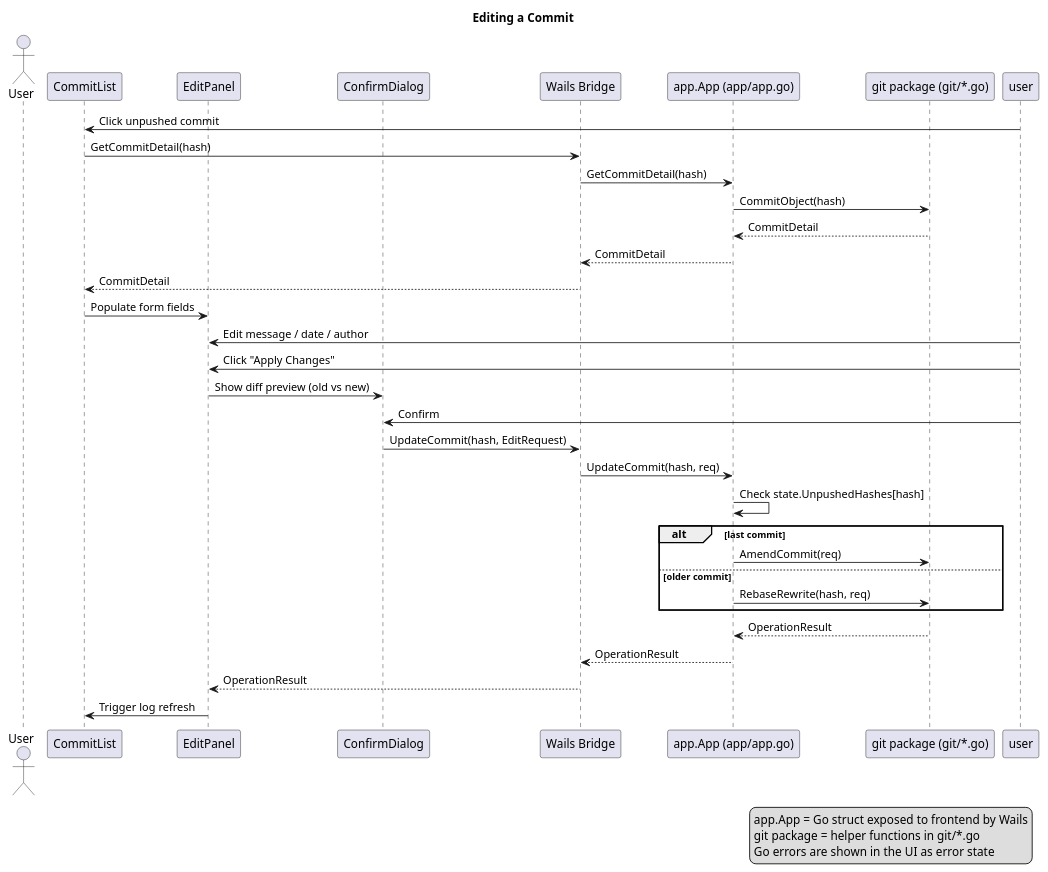
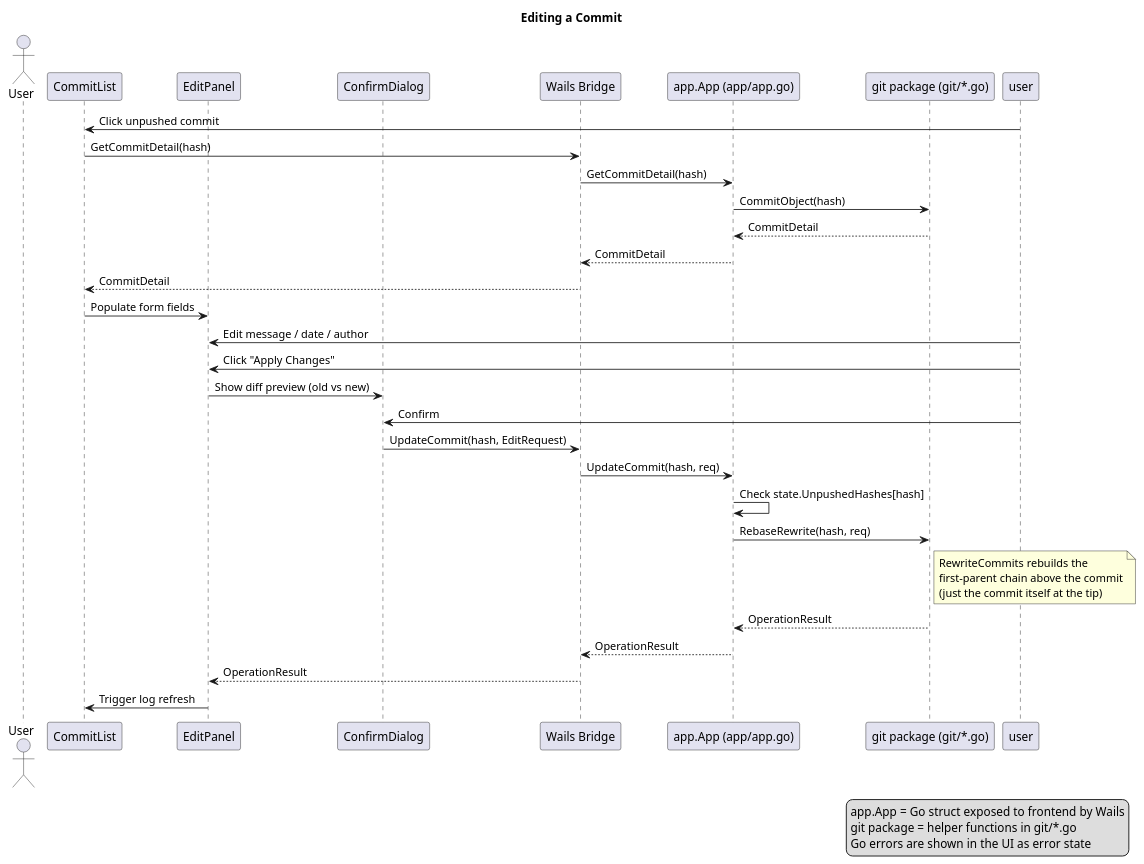
One commit to DunderGG/gitgo changed the diagram in docs/diagrams/sequence-edit-commit.puml. Above: the diagram before and after it, drawn with PlantUML. The commit also changed 10 other files, not shown here.

First line of the commit message:
feat: add ShiftCommitDates for shifting several commits at once

```diff
--- a/docs/diagrams/sequence-edit-commit.puml
+++ b/docs/diagrams/sequence-edit-commit.puml
@@ -1,47 +1,44 @@
 @startuml sequence-edit-commit
 title Editing a Commit
 
 actor User as U
 participant "CommitList" as CL
 participant "EditPanel" as EP
 participant "ConfirmDialog" as CD
 participant "Wails Bridge" as wails
 participant "app.App (app/app.go)" as app 
 participant "git package (git/*.go)" as git 
 
 legend right
     app.App = Go struct exposed to frontend by Wails
     git package = helper functions in git/*.go
     Go errors are shown in the UI as error state
 endlegend
 
 user -> CL : Click unpushed commit
 CL -> wails : GetCommitDetail(hash)
 wails -> app : GetCommitDetail(hash)
 app -> git  : CommitObject(hash)
 git  --> app : CommitDetail
 app --> wails : CommitDetail
 wails --> CL : CommitDetail
 CL -> EP : Populate form fields
 
 user -> EP : Edit message / date / author
 user -> EP : Click "Apply Changes"
 EP -> CD : Show diff preview (old vs new)
 user -> CD : Confirm
 
 CD -> wails : UpdateCommit(hash, EditRequest)
 wails -> app : UpdateCommit(hash, req)
 app -> app : Check state.UnpushedHashes[hash]
 
-alt last commit
-    app -> git  : AmendCommit(req)
-else older commit
-    app -> git  : RebaseRewrite(hash, req)
-end
+app -> git  : RebaseRewrite(hash, req)
+note right of git : RewriteCommits rebuilds the\nfirst-parent chain above the commit\n(just the commit itself at the tip)
 
 git  --> app : OperationResult
 app --> wails : OperationResult
 wails --> EP : OperationResult
 EP -> CL : Trigger log refresh
 
 @enduml
```
